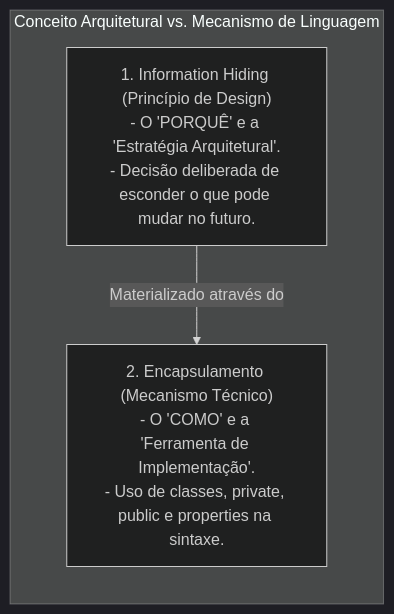
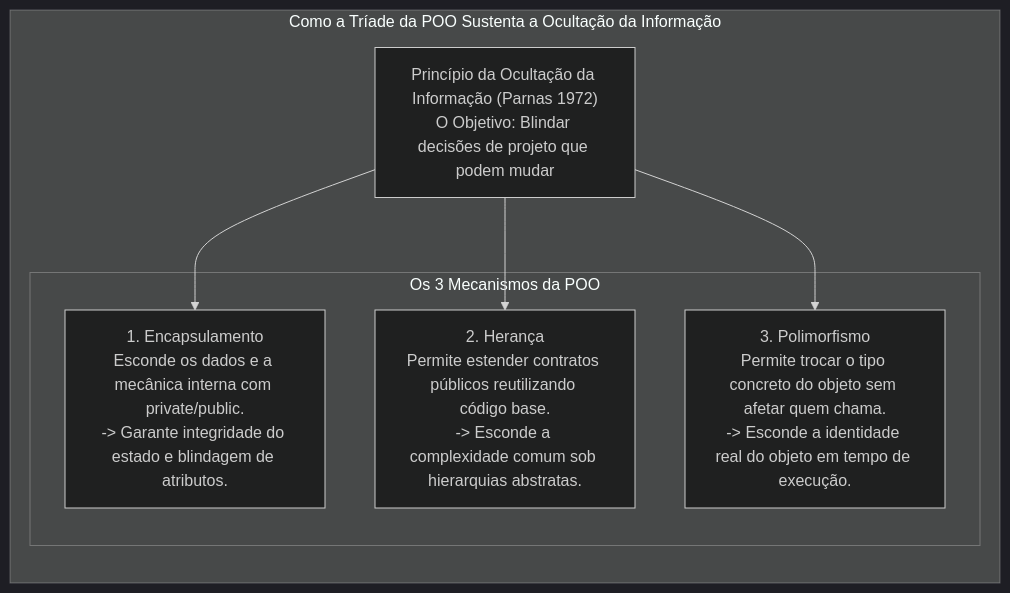
The second of 3 diagrams in 01. Programacao Modular/11. Princípio da ocultação da informação (information hiding e encapsulamento).md (leorruas/puc), drawn with Mermaid (dark theme) before and after one commit. The commit also changed other lines of this file and 1 other file, not shown here.

Commit message:
docs(pm): conecta os 3 pilares da POO (Encapsulamento, Heranca e Polimorfismo) como mecanismos de sustentacao da Ocultacao da Informacao no artigo 11 e adiciona secoes 22, 23 e 24 ao glossario

````diff
--- a/01. Programacao Modular/11. Princípio da ocultação da informação (information hiding e encapsulamento).md
+++ b/01. Programacao Modular/11. Princípio da ocultação da informação (information hiding e encapsulamento).md
@@ -66,10 +66,17 @@
 ```mermaid
-flowchart LR
-    subgraph TeoriaVersusPratica ["Conceito Arquitetural vs. Mecanismo de Linguagem"]
+flowchart TD
+    subgraph PilaresOcultacao ["Como a Tríade da POO Sustenta a Ocultação da Informação"]
         direction TB
-        IH["1. Information Hiding (Princípio de Design)<br>- O 'PORQUÊ' e a 'Estratégia Arquitetural'.<br>- Decisão deliberada de esconder o que pode mudar no futuro."]
-        ENC["2. Encapsulamento (Mecanismo Técnico)<br>- O 'COMO' e a 'Ferramenta de Implementação'.<br>- Uso de classes, private, public e properties na sintaxe."]
+        IH["Princípio da Ocultação da Informação (Parnas 1972)<br>O Objetivo: Blindar decisões de projeto que podem mudar"]
 
-        IH -->|Materializado através do| ENC
+        subgraph MecanismosPOO ["Os 3 Mecanismos da POO"]
+            ENC["1. Encapsulamento<br>Esconde os dados e a mecânica interna com private/public.<br>-> Garante integridade do estado e blindagem de atributos."]
+            HER["2. Herança<br>Permite estender contratos públicos reutilizando código base.<br>-> Esconde a complexidade comum sob hierarquias abstratas."]
+            POL["3. Polimorfismo<br>Permite trocar o tipo concreto do objeto sem afetar quem chama.<br>-> Esconde a identidade real do objeto em tempo de execução."]
+        end
+
+        IH --> ENC
+        IH --> HER
+        IH --> POL
     end
 ```
````
